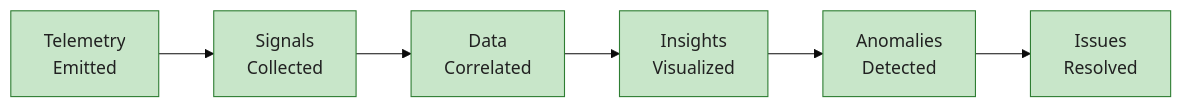
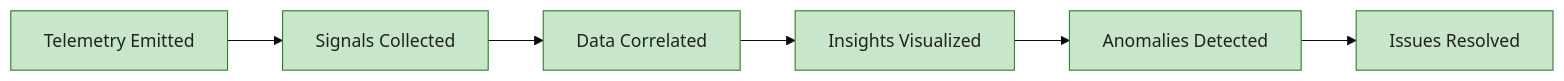
One commit to Evilazaro/Azure-LogicApps-Monitoring changed the third of 4 diagrams in docs/architecture/01-business-architecture.md. Above: the diagram before and after it, drawn with Mermaid (base theme). The commit also changed other lines of this file and 1 other file, not shown here.

Commit message:
Refactor architecture diagrams for improved clarity and consistency in color coding

````diff
--- a/docs/architecture/01-business-architecture.md
+++ b/docs/architecture/01-business-architecture.md
@@ -112,15 +125,15 @@
 ```mermaid
 flowchart LR
-    MV1[Telemetry<br/>Emitted]
-    MV2[Signals<br/>Collected]
-    MV3[Data<br/>Correlated]
-    MV4[Insights<br/>Visualized]
-    MV5[Anomalies<br/>Detected]
-    MV6[Issues<br/>Resolved]
+    MV1[Telemetry Emitted]
+    MV2[Signals Collected]
+    MV3[Data Correlated]
+    MV4[Insights Visualized]
+    MV5[Anomalies Detected]
+    MV6[Issues Resolved]
 
     MV1 --> MV2 --> MV3 --> MV4 --> MV5 --> MV6
 
     classDef stage fill:#C8E6C9,stroke:#2E7D32,color:#212121
 
     class MV1,MV2,MV3,MV4,MV5,MV6 stage
 ```
````
